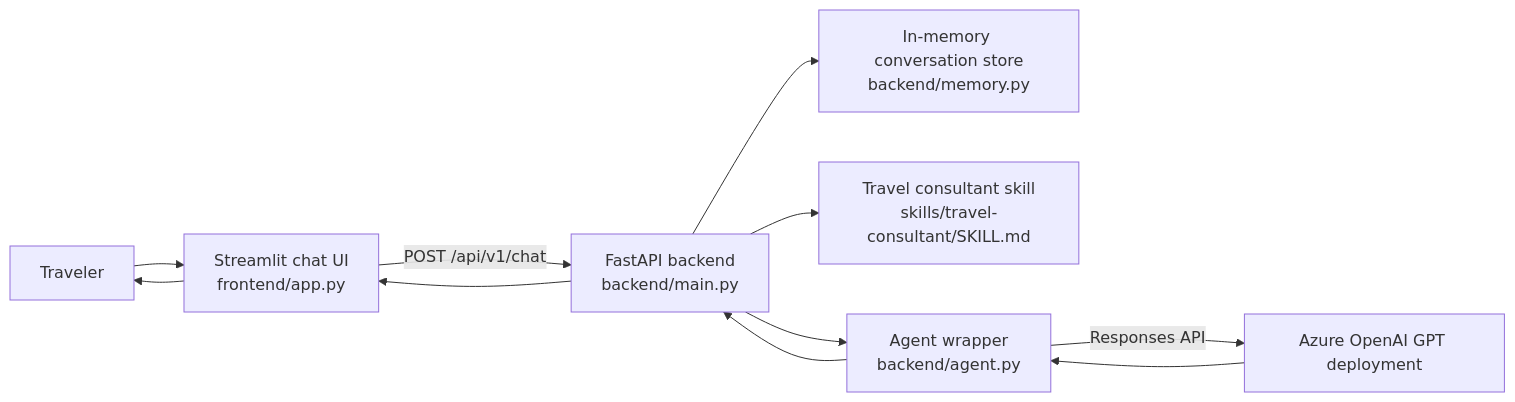
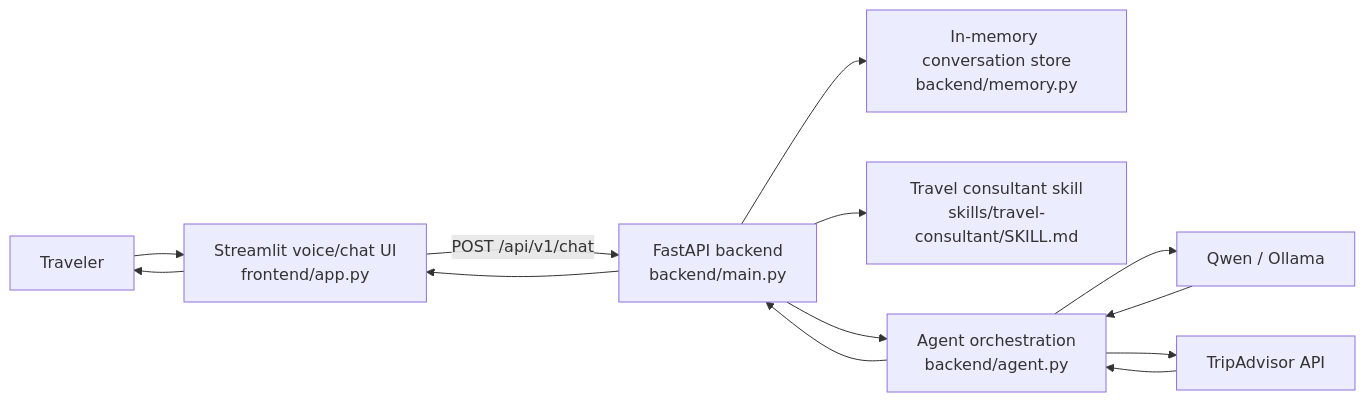
Before and after one commit to Trung1234/travel-advisor: the diagram in README.md, drawn with Mermaid. The commit also changed other lines of this file and 11 other files, not shown here.

````diff
--- a/README.md
+++ b/README.md
@@ -20,13 +21,15 @@
 ```mermaid
 flowchart LR
-    User[Traveler] --> UI[Streamlit chat UI<br/>frontend/app.py]
+    User[Traveler] --> UI[Streamlit voice/chat UI<br/>frontend/app.py]
     UI -->|POST /api/v1/chat| API[FastAPI backend<br/>backend/main.py]
     API --> Memory[In-memory conversation store<br/>backend/memory.py]
     API --> Skill[Travel consultant skill<br/>skills/travel-consultant/SKILL.md]
-    API --> Agent[Agent wrapper<br/>backend/agent.py]
-    Agent -->|Responses API| Azure[Azure OpenAI GPT deployment]
-    Azure --> Agent
+    API --> Agent[Agent orchestration<br/>backend/agent.py]
+    Agent --> Provider[Qwen / Ollama]
+    Agent --> TripAdvisor[TripAdvisor API]
+    Provider --> Agent
+    TripAdvisor --> Agent
     Agent --> API
     API --> UI
     UI --> User
 ```
````
